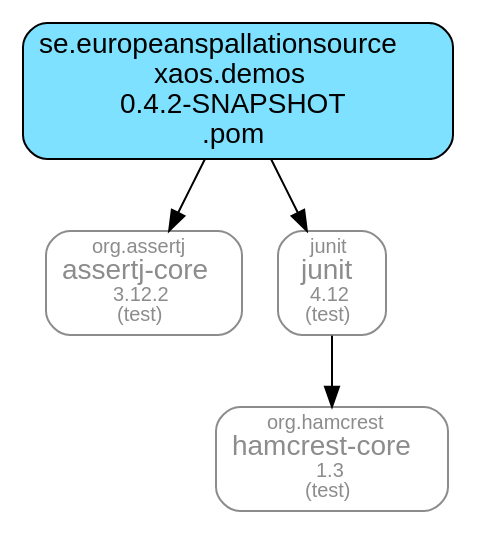
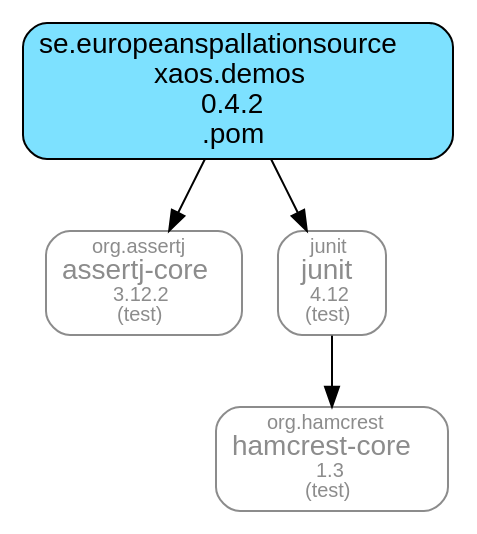
One commit to ESSICS/XAOS changed the diagram in xaos.demos.module/doc/maven-dependencies.dot. Above: the diagram before and after it, drawn with Graphviz. The commit also changed 37 other files, not shown here.

```diff
--- a/xaos.demos.module/doc/maven-dependencies.dot
+++ b/xaos.demos.module/doc/maven-dependencies.dot
@@ -1,15 +1,15 @@
 digraph "xaos.demos" {
   node [shape="box",style="rounded",fontname="Helvetica",fontsize="14"]
   edge [fontsize="10",fontname="Helvetica"]
 
   // Node Definitions:
-  "se.europeanspallationsource:xaos.demos:pom"[shape="box",style="rounded, filled",fillcolor="#7DE1FF",label=<se.europeanspallationsource<br/>xaos.demos<br/>0.4.2-SNAPSHOT<br/>.pom>]
+  "se.europeanspallationsource:xaos.demos:pom"[shape="box",style="rounded, filled",fillcolor="#7DE1FF",label=<se.europeanspallationsource<br/>xaos.demos<br/>0.4.2<br/>.pom>]
   "org.assertj:assertj-core:jar"[shape="box",style="rounded",color="grey55",fontname="Helvetica",fontsize="14",fontcolor="grey55",label=<<font color="grey55" point-size="10">org.assertj</font><br/>assertj-core<font color="grey55" point-size="10"><br/>3.12.2</font><font color="grey55" point-size="10"><br/>(test)</font>>]
   "junit:junit:jar"[shape="box",style="rounded",color="grey55",fontname="Helvetica",fontsize="14",fontcolor="grey55",label=<<font color="grey55" point-size="10">junit</font><br/>junit<font color="grey55" point-size="10"><br/>4.12</font><font color="grey55" point-size="10"><br/>(test)</font>>]
   "org.hamcrest:hamcrest-core:jar"[shape="box",style="rounded",color="grey55",fontname="Helvetica",fontsize="14",fontcolor="grey55",label=<<font color="grey55" point-size="10">org.hamcrest</font><br/>hamcrest-core<font color="grey55" point-size="10"><br/>1.3</font><font color="grey55" point-size="10"><br/>(test)</font>>]
 
   // Edge Definitions:
   "se.europeanspallationsource:xaos.demos:pom" -> "org.assertj:assertj-core:jar"
   "junit:junit:jar" -> "org.hamcrest:hamcrest-core:jar"
   "se.europeanspallationsource:xaos.demos:pom" -> "junit:junit:jar"
 }
```
